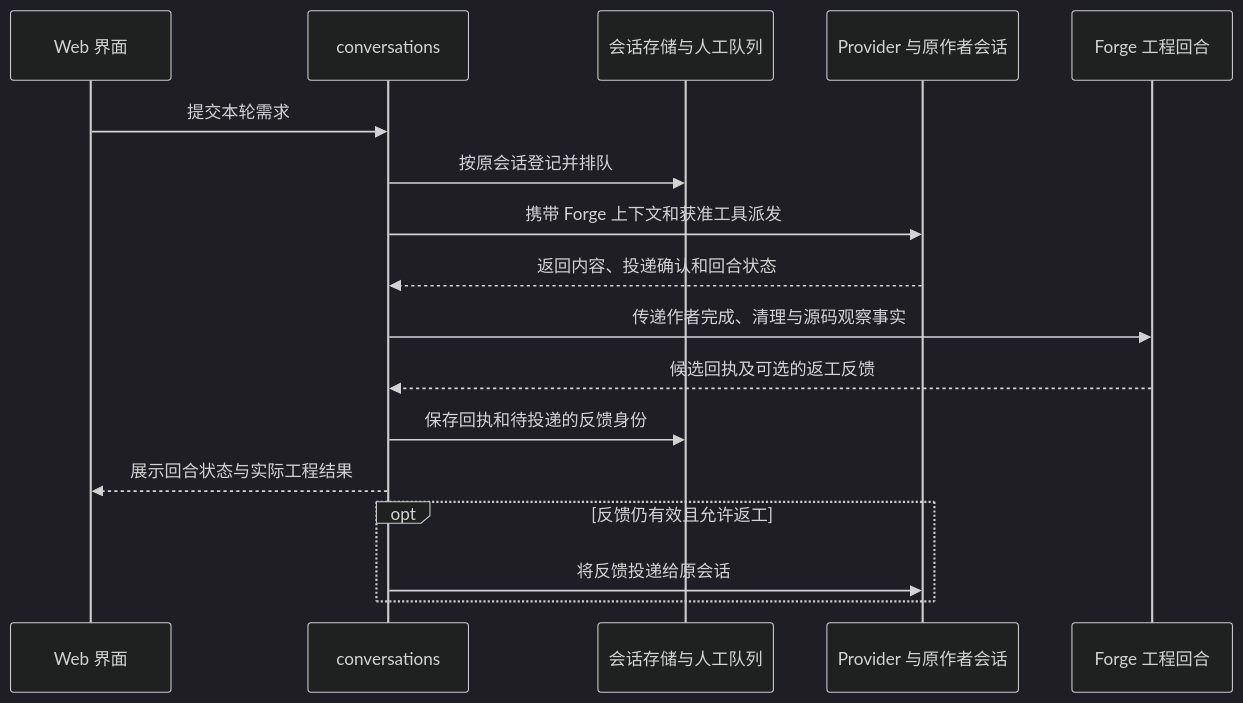
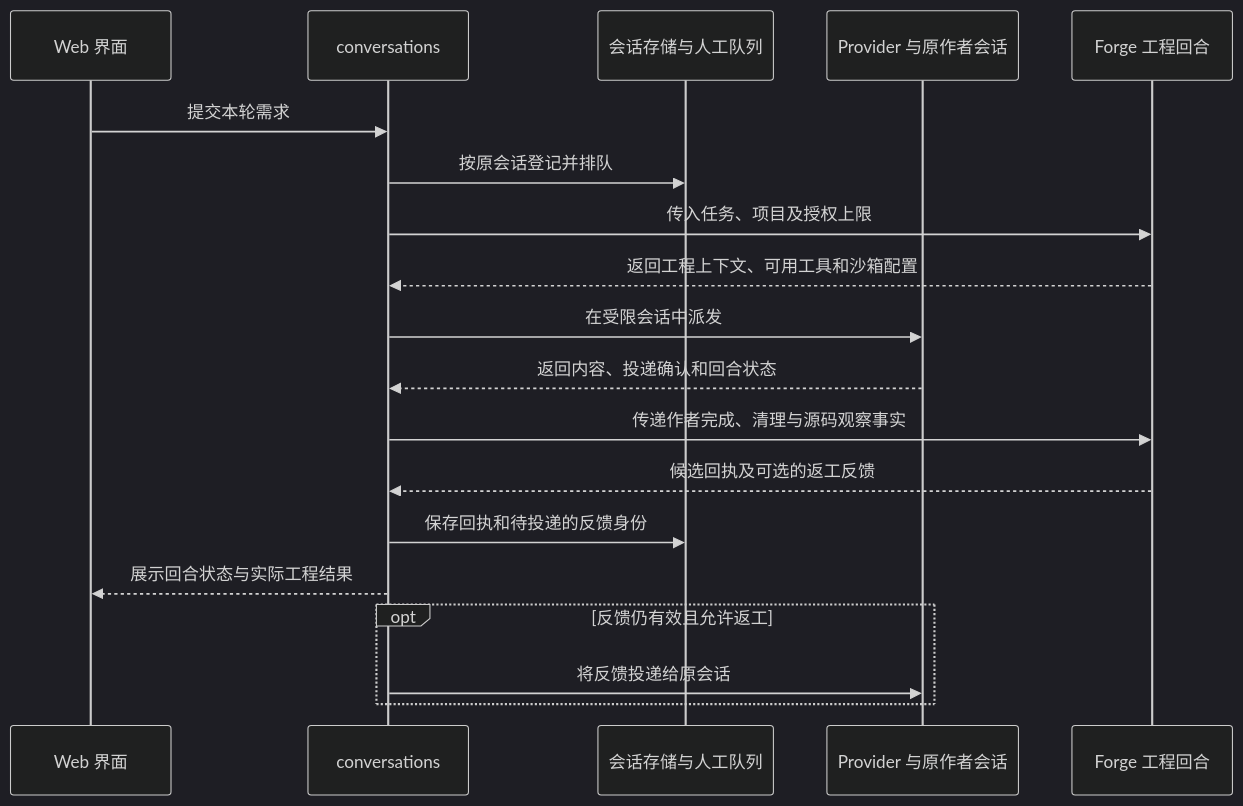
The seventh of 14 diagrams in docs/demiflow-architecture.md (vincent9299/demiflow), drawn with Mermaid (dark theme) before and after one commit. The commit also changed other lines of this file, not shown here.

Commit message:
Derive Forge ownership and engineering handoffs from the approved design

````diff
--- a/docs/demiflow-architecture.md
+++ b/docs/demiflow-architecture.md
@@ -263,19 +263,21 @@
 ```mermaid
 sequenceDiagram
     participant U as Web 界面
     participant C as conversations
     participant DB as 会话存储与人工队列
     participant A as Provider 与原作者会话
     participant F as Forge 工程回合
     U->>C: 提交本轮需求
     C->>DB: 按原会话登记并排队
-    C->>A: 携带 Forge 上下文和获准工具派发
+    C->>F: 传入任务、项目及授权上限
+    F-->>C: 返回工程上下文、可用工具和沙箱配置
+    C->>A: 在受限会话中派发
     A-->>C: 返回内容、投递确认和回合状态
     C->>F: 传递作者完成、清理与源码观察事实
     F-->>C: 候选回执及可选的返工反馈
     C->>DB: 保存回执和待投递的反馈身份
     C-->>U: 展示回合状态与实际工程结果
     opt 反馈仍有效且允许返工
         C->>A: 将反馈投递给原会话
     end
 ```
````
